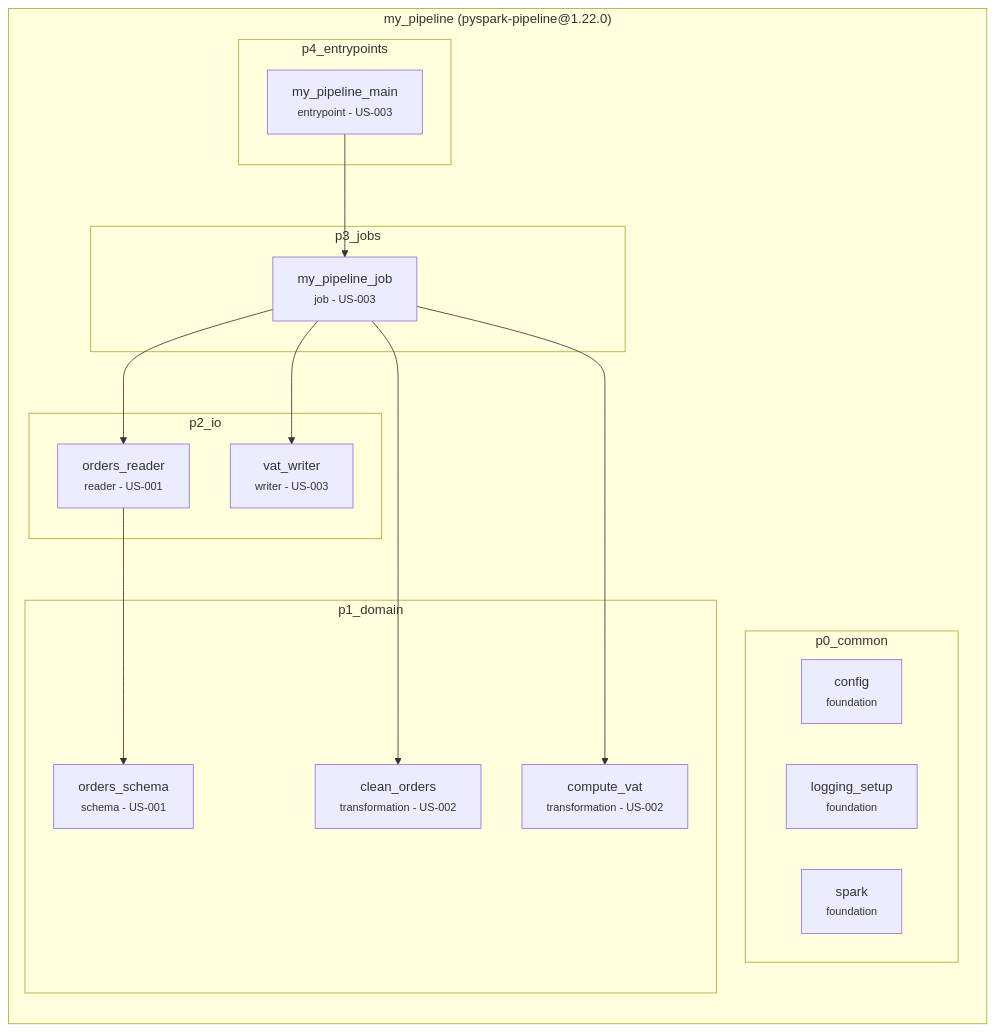
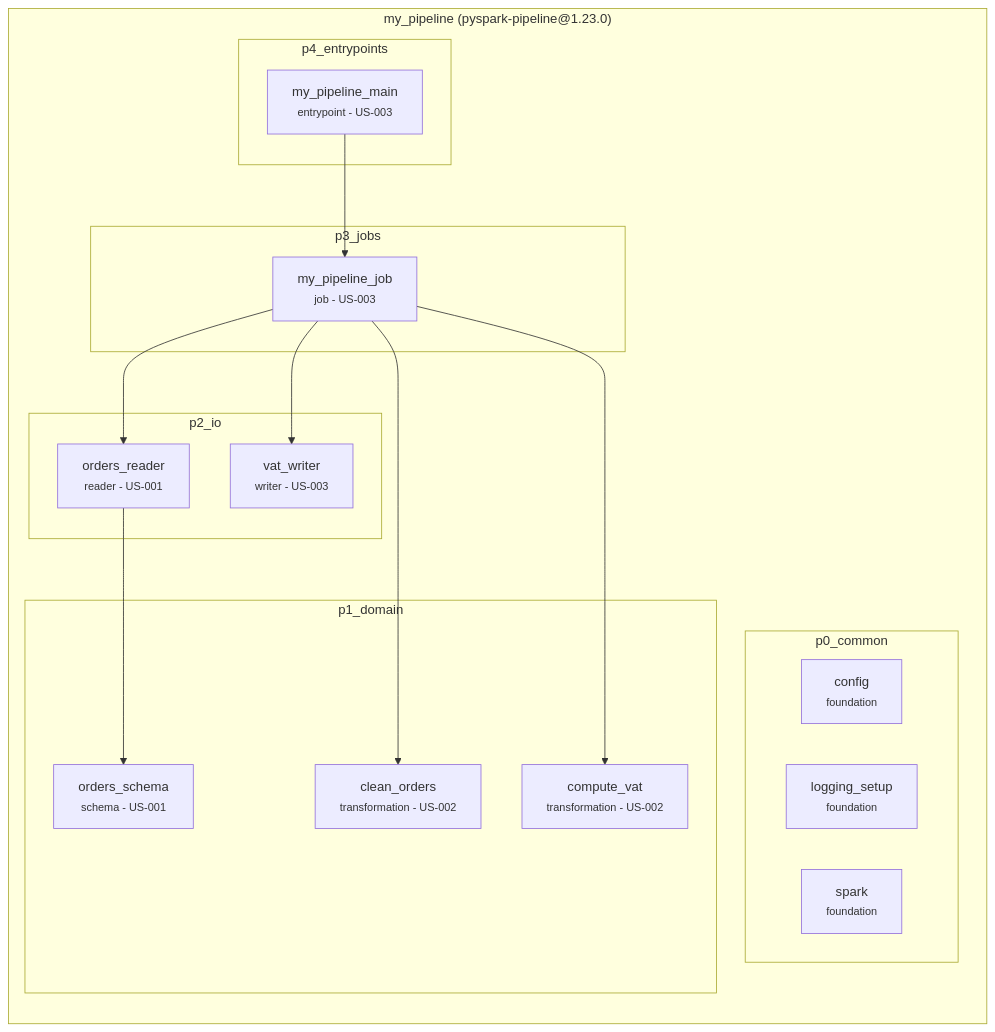
One commit to archvow/archvow-plugin changed the diagram in contract/archvow/examples/pyspark-pipeline/.archvow/spec.md. Above: the diagram before and after it, drawn with Mermaid. The commit also changed 150 other files, not shown here.

````diff
--- a/contract/archvow/examples/pyspark-pipeline/.archvow/spec.md
+++ b/contract/archvow/examples/pyspark-pipeline/.archvow/spec.md
@@ -11,33 +11,33 @@
 ```mermaid
 flowchart TB
-  subgraph my_pipeline["my_pipeline (pyspark-pipeline@1.22.0)"]
+  subgraph my_pipeline["my_pipeline (pyspark-pipeline@1.23.0)"]
     direction TB
     subgraph my_pipeline__p0_common["p0_common"]
       my_pipeline__config["config<br/><small>foundation</small>"]
       my_pipeline__logging_setup["logging_setup<br/><small>foundation</small>"]
       my_pipeline__spark["spark<br/><small>foundation</small>"]
     end
     subgraph my_pipeline__p1_domain["p1_domain"]
       my_pipeline__clean_orders["clean_orders<br/><small>transformation - US-002</small>"]
       my_pipeline__compute_vat["compute_vat<br/><small>transformation - US-002</small>"]
       my_pipeline__orders_schema["orders_schema<br/><small>schema - US-001</small>"]
     end
     subgraph my_pipeline__p2_io["p2_io"]
       my_pipeline__orders_reader["orders_reader<br/><small>reader - US-001</small>"]
       my_pipeline__vat_writer["vat_writer<br/><small>writer - US-003</small>"]
     end
     subgraph my_pipeline__p3_jobs["p3_jobs"]
       my_pipeline__my_pipeline_job["my_pipeline_job<br/><small>job - US-003</small>"]
     end
     subgraph my_pipeline__p4_entrypoints["p4_entrypoints"]
       my_pipeline__my_pipeline_main["my_pipeline_main<br/><small>entrypoint - US-003</small>"]
     end
   end
   my_pipeline__orders_reader --> my_pipeline__orders_schema
   my_pipeline__my_pipeline_job --> my_pipeline__orders_reader
   my_pipeline__my_pipeline_job --> my_pipeline__clean_orders
   my_pipeline__my_pipeline_job --> my_pipeline__compute_vat
   my_pipeline__my_pipeline_job --> my_pipeline__vat_writer
   my_pipeline__my_pipeline_main --> my_pipeline__my_pipeline_job
   classDef empty fill:none,stroke:none
 ```
````
